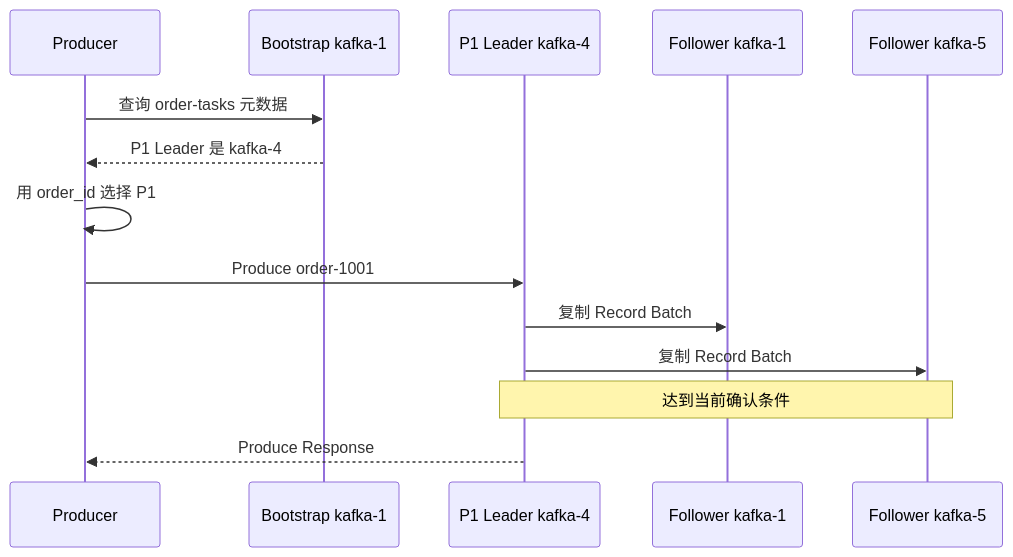
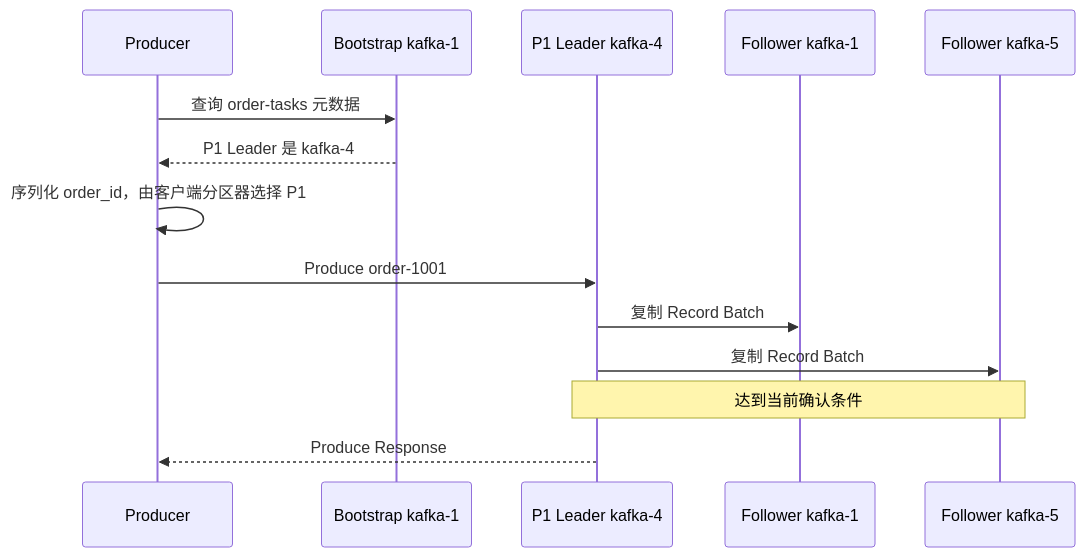
Before and after one commit to hotttao/backup: the third of 5 diagrams in posts/microservices/queue/011_kafka.md, drawn with Mermaid. The commit also changed other lines of this file and 3 other files, not shown here.

````diff
--- a/posts/microservices/queue/011_kafka.md
+++ b/posts/microservices/queue/011_kafka.md
@@ -317,17 +365,17 @@
 ```mermaid
 sequenceDiagram
     participant P as Producer
     participant B as Bootstrap kafka-1
     participant L as P1 Leader kafka-4
     participant F1 as Follower kafka-1
     participant F2 as Follower kafka-5
 
     P->>B: 查询 order-tasks 元数据
     B-->>P: P1 Leader 是 kafka-4
-    P->>P: 用 order_id 选择 P1
+    P->>P: 序列化 order_id，由客户端分区器选择 P1
     P->>L: Produce order-1001
     L->>F1: 复制 Record Batch
     L->>F2: 复制 Record Batch
     Note over L,F2: 达到当前确认条件
     L-->>P: Produce Response
 ```
````
